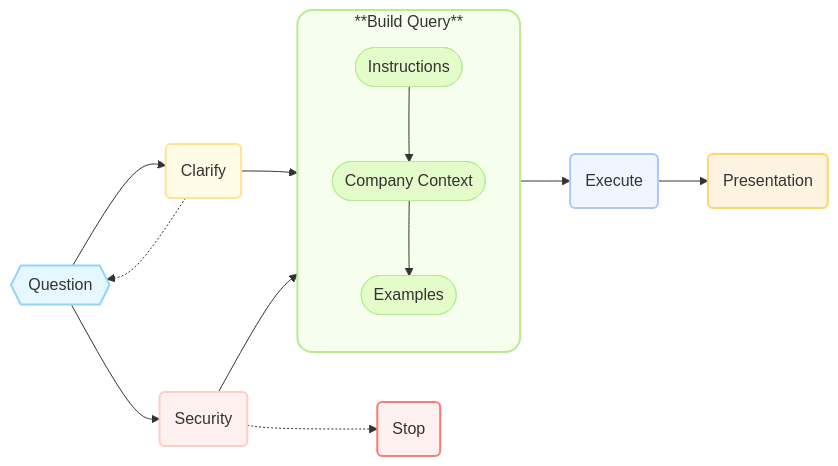
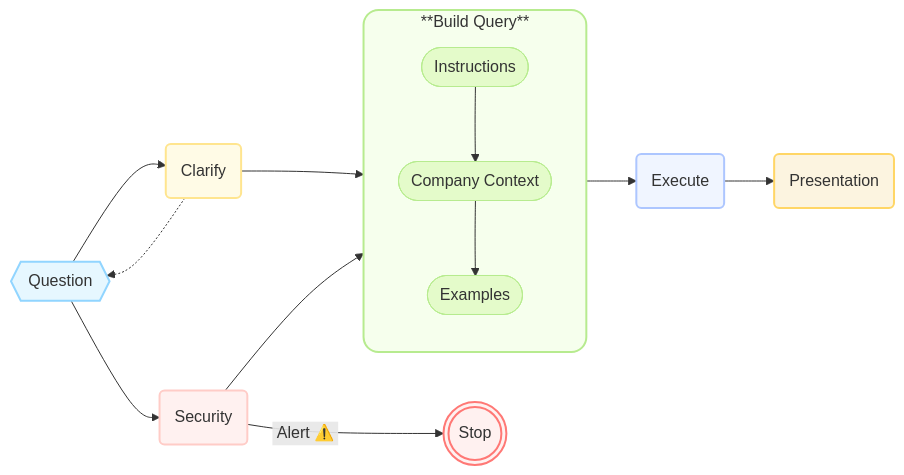
One commit to multinear/deck-text2sql changed the second of 5 diagrams in slides.md. Above: the diagram before and after it, drawn with Mermaid. The commit also changed other lines of this file, not shown here.

````diff
--- a/slides.md
+++ b/slides.md
@@ -224,29 +230,29 @@
 ```mermaid {scale: 0.8}
 flowchart LR
   style A fill:#E6F7FF,stroke:#91D5FF,stroke-width:2px
   style B1 fill:#FFFBE6,stroke:#FFE58F,stroke-width:2px
   style B2 fill:#FFF1F0,stroke:#FFCCC7,stroke-width:2px
   style C fill:#F6FFED,stroke:#B7EB8F,stroke-width:2px,rx:15,ry:15
   style C1 fill:#E4FBCA,stroke:#B7EB8F,stroke-width:1px
   style C2 fill:#E4FBCA,stroke:#B7EB8F,stroke-width:1px
   style C3 fill:#E4FBCA,stroke:#B7EB8F,stroke-width:1px
   style D fill:#F0F5FF,stroke:#ADC6FF,stroke-width:2px
   style E fill:#FCF4E0,stroke:#FFD666,stroke-width:2px
   style F fill:#FFF1F0,stroke:#FF7875,stroke-width:2px
 
   A{{Question}} --> B1(Clarify);
   A{{Question}} --> B2(Security);
 
   subgraph C [**Build Query**]
     direction TB
     C1([Instructions]) --> C2([Company Context]);
     C2 --> C3([Examples]);
   end
 
   B1 --> C;
   B2 --> C;
-  B2 -.-> F(Stop);
+  B2 -- "&nbsp;Alert ⚠️&nbsp;" --> F(((Stop)));
   C --> D(Execute);
   D --> E(Presentation);
   B1 -.-> A;
 ```
````
